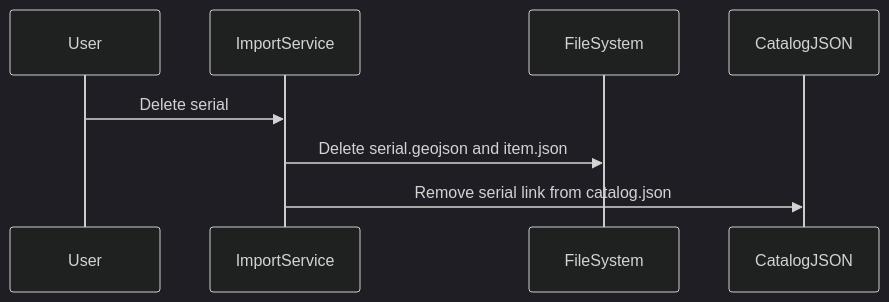
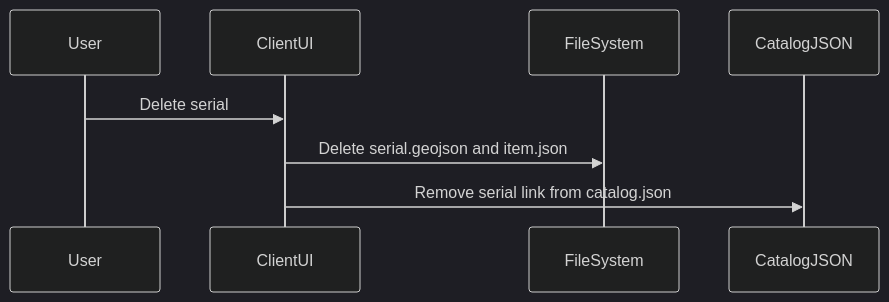
The fourth of 6 diagrams in future/sub-systems/stac_server_static.md (debrief/debrief.github.io), drawn with Mermaid (dark theme) before and after one commit. The commit also changed other lines of this file, not shown here.

Commit message:
update diagrams

```diff
--- a/future/sub-systems/stac_server_static.md
+++ b/future/sub-systems/stac_server_static.md
@@ -171,11 +171,11 @@
 <div class="mermaid">
 sequenceDiagram
     participant User
-    participant ImportService
+    participant ClientUI
     participant FileSystem
     participant CatalogJSON
 
-    User->>ImportService: Delete serial
-    ImportService->>FileSystem: Delete serial.geojson and item.json
-    ImportService->>CatalogJSON: Remove serial link from catalog.json
+    User->>ClientUI: Delete serial
+    ClientUI->>FileSystem: Delete serial.geojson and item.json
+    ClientUI->>CatalogJSON: Remove serial link from catalog.json
 </div>
```
